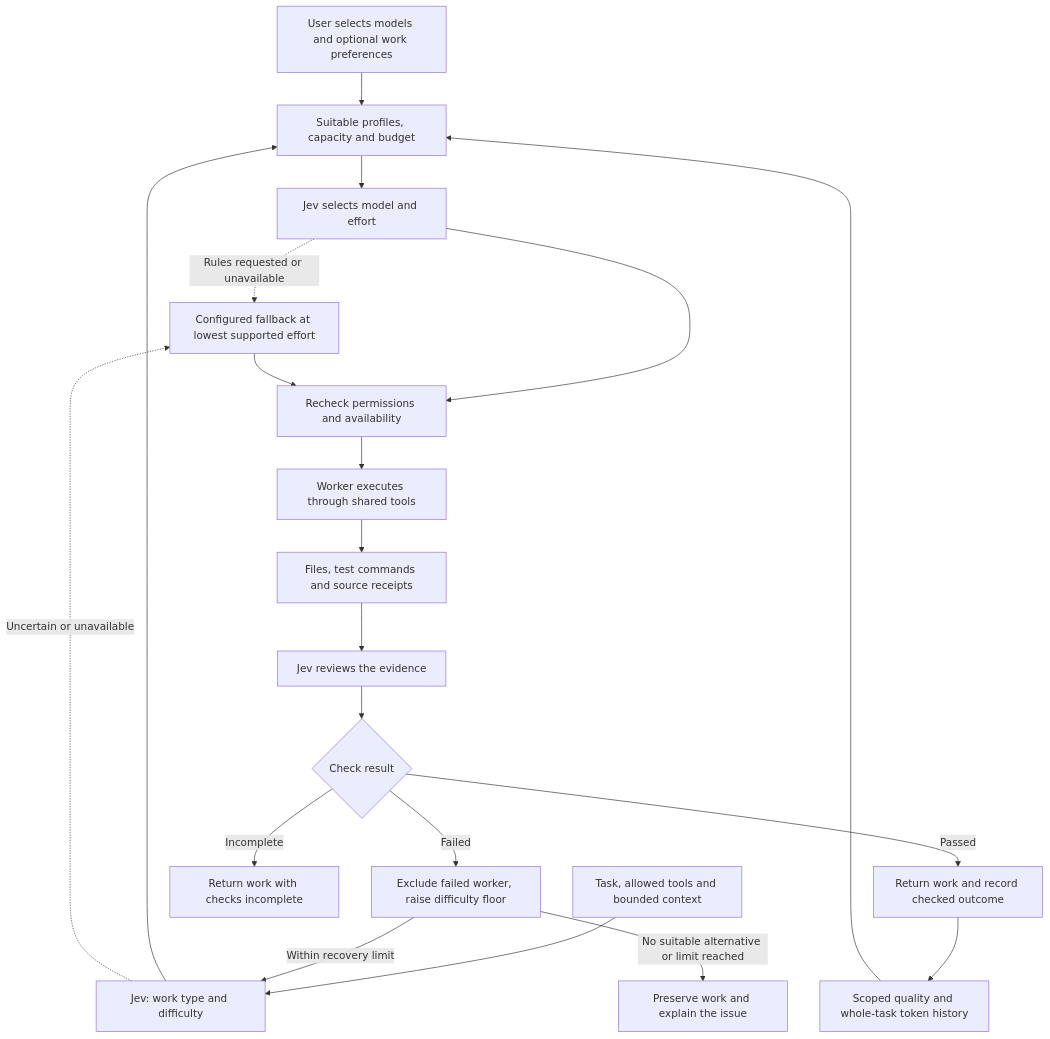
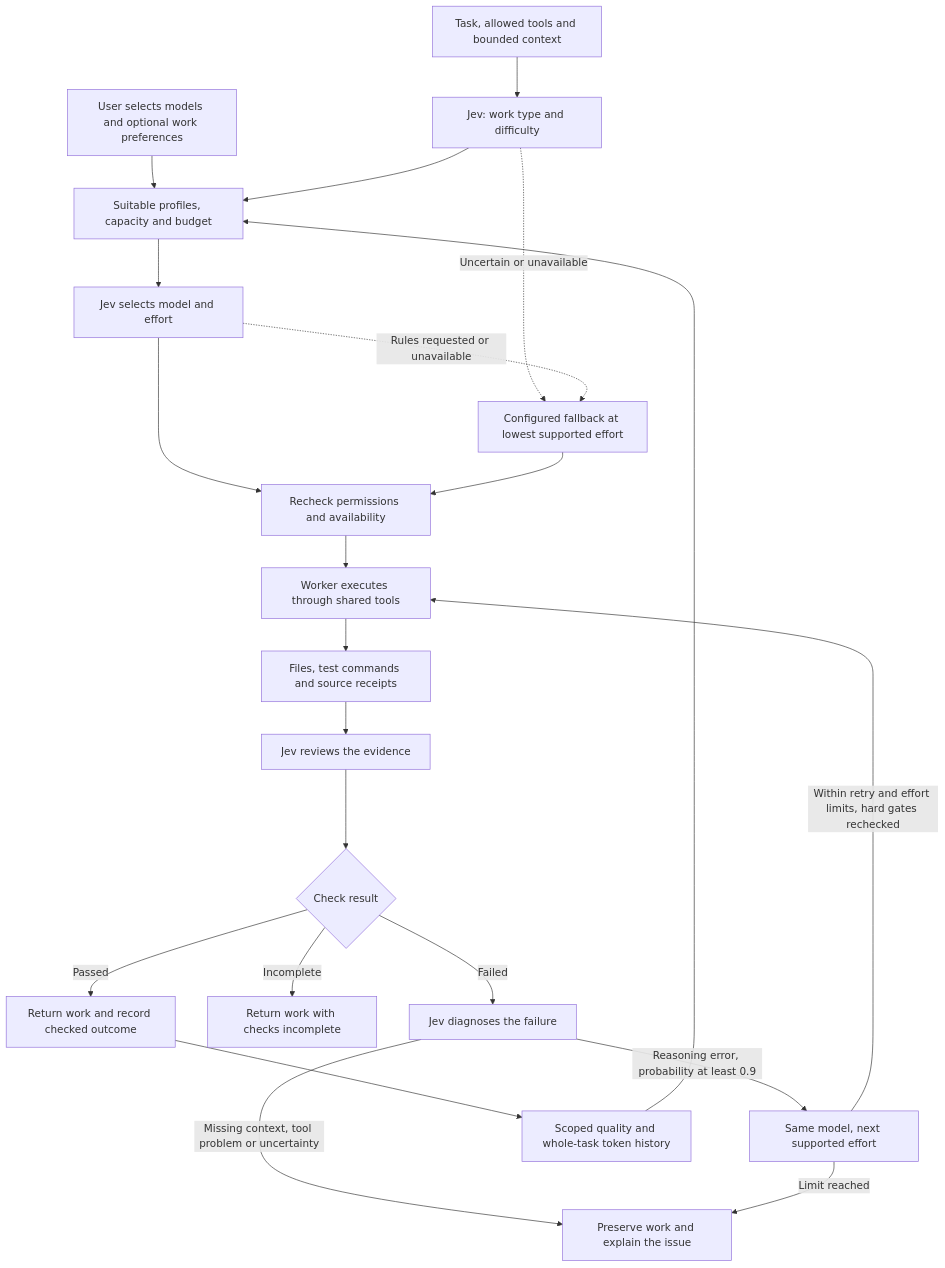
One commit to duke-autorouter/duke-autorouter changed the diagram in docs/ROUTING_POLICY.md. Above: the diagram before and after it, drawn with Mermaid. The commit also changed other lines of this file and 27 other files, not shown here.

First line of the commit message:
Add bounded same-model effort recovery and live evaluation (#7)

````diff
--- a/docs/ROUTING_POLICY.md
+++ b/docs/ROUTING_POLICY.md
@@ -10,22 +10,24 @@
 ```mermaid
 flowchart TD
   Roster[User selects models and optional work preferences] --> Candidates
   Task[Task, allowed tools and bounded context] --> Assess[Jev: work type and difficulty]
   Assess --> Candidates[Suitable profiles, capacity and budget]
   Candidates --> Choose[Jev selects model and effort]
   Assess -. Uncertain or unavailable .-> Fallback[Configured fallback at lowest supported effort]
   Choose -. Rules requested or unavailable .-> Fallback
   Choose --> Gate[Recheck permissions and availability]
   Fallback --> Gate
   Gate --> Work[Worker executes through shared tools]
   Work --> Checks[Files, test commands and source receipts]
   Checks --> Review[Jev reviews the evidence]
   Review --> Result{Check result}
   Result -->|Passed| Save[Return work and record checked outcome]
   Result -->|Incomplete| Unknown[Return work with checks incomplete]
-  Result -->|Failed| Retry[Exclude failed worker, raise difficulty floor]
-  Retry -->|Within recovery limit| Assess
-  Retry -->|No suitable alternative or limit reached| Block[Preserve work and explain the issue]
+  Result -->|Failed| Diagnose[Jev diagnoses the failure]
+  Diagnose -->|Reasoning error, probability at least 0.9| Retry[Same model, next supported effort]
+  Retry -->|Within retry and effort limits, hard gates rechecked| Work
+  Diagnose -->|Missing context, tool problem or uncertainty| Block[Preserve work and explain the issue]
+  Retry -->|Limit reached| Block
   Save --> History[Scoped quality and whole-task token history]
   History --> Candidates
 ```
````
